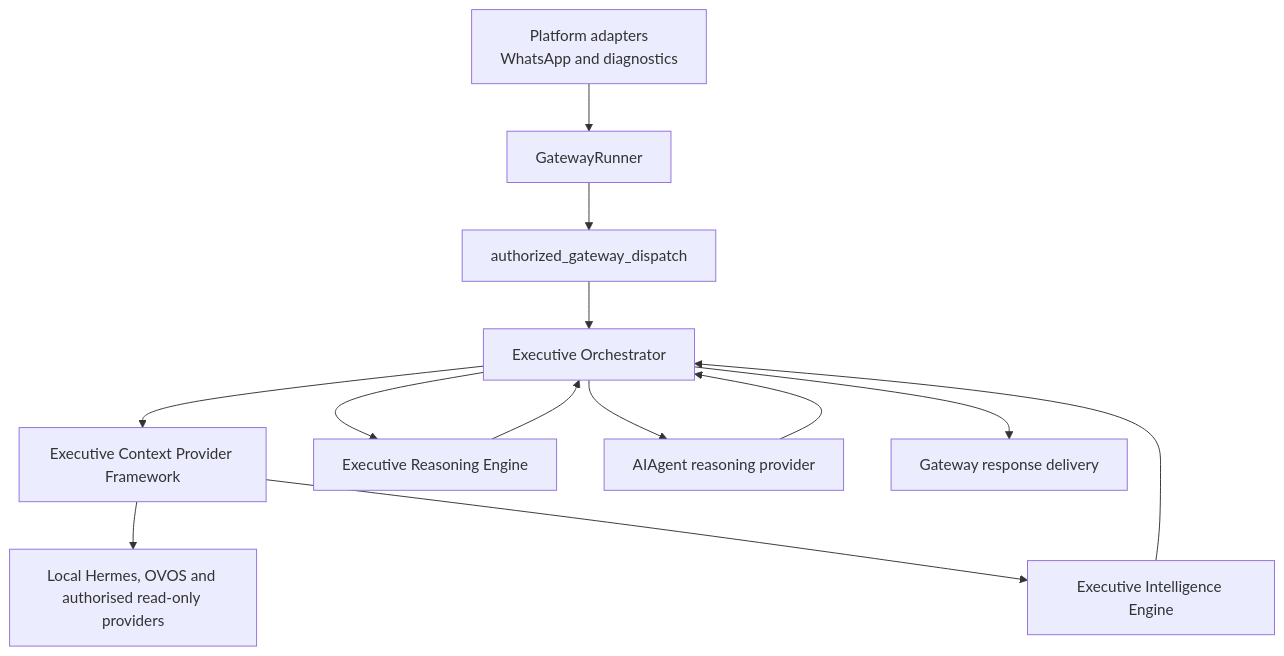
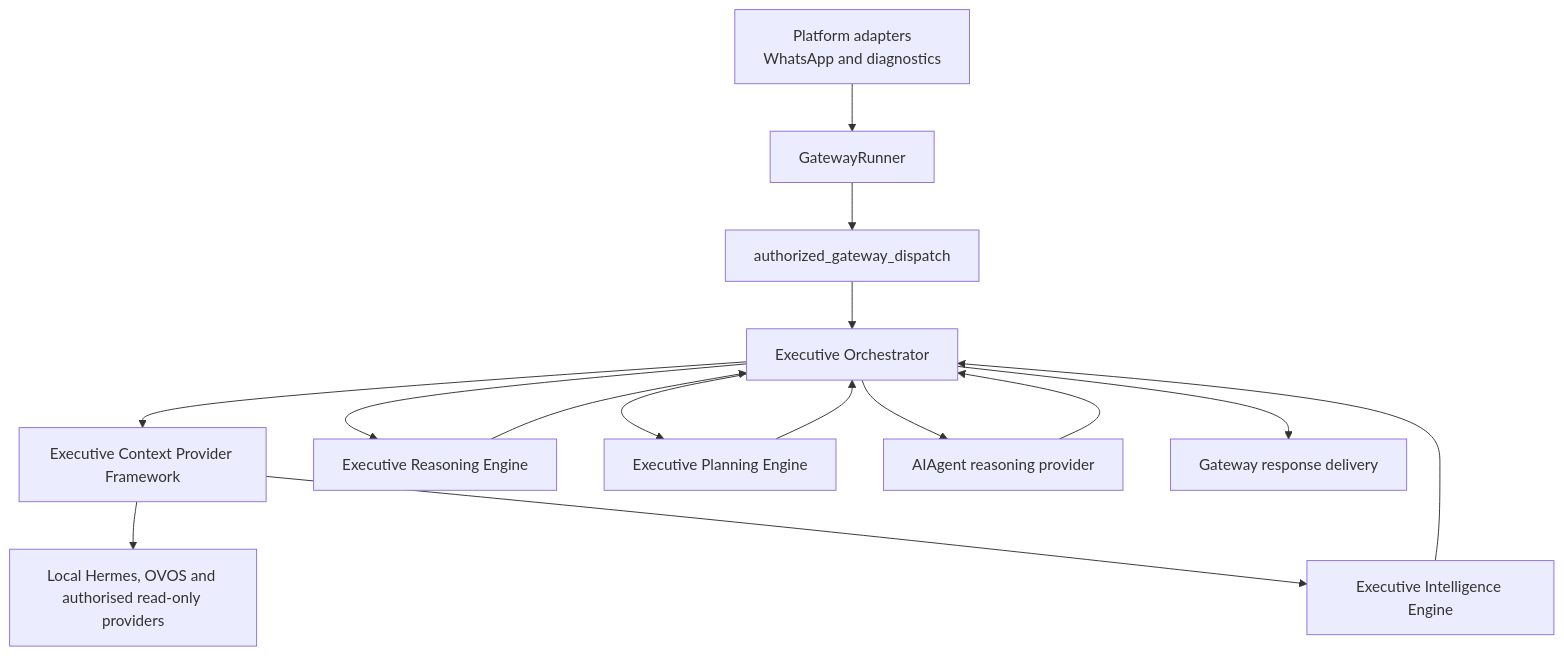
One commit to nitinteck/hermes-agent changed the diagram in docs/architecture/HERMES-LAYERED-ARCHITECTURE-v1.md. Above: the diagram before and after it, drawn with Mermaid. The commit also changed other lines of this file and 33 other files, not shown here.

Commit message:
feat: add Hermes executive planning engine v1

````diff
--- a/docs/architecture/HERMES-LAYERED-ARCHITECTURE-v1.md
+++ b/docs/architecture/HERMES-LAYERED-ARCHITECTURE-v1.md
@@ -11,15 +11,17 @@
 ```mermaid
 flowchart TD
   A["Platform adapters<br/>WhatsApp and diagnostics"] --> B["GatewayRunner"]
   B --> C["authorized_gateway_dispatch"]
   C --> D["Executive Orchestrator"]
   D --> E["Executive Context Provider Framework"]
   E --> F["Local Hermes, OVOS and authorised read-only providers"]
   E --> I["Executive Intelligence Engine"]
   I --> D
   D --> R["Executive Reasoning Engine"]
   R --> D
+  D --> P["Executive Planning Engine"]
+  P --> D
   D --> G["AIAgent reasoning provider"]
   G --> D
   D --> H["Gateway response delivery"]
 ```
````
